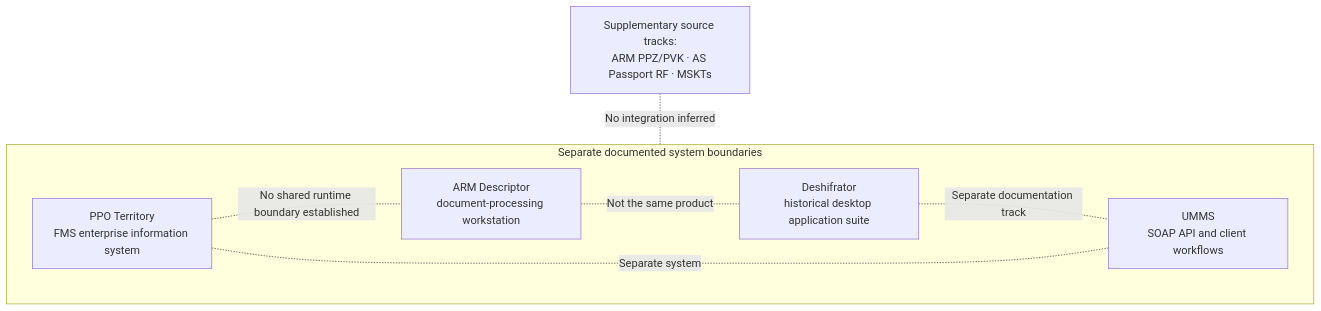
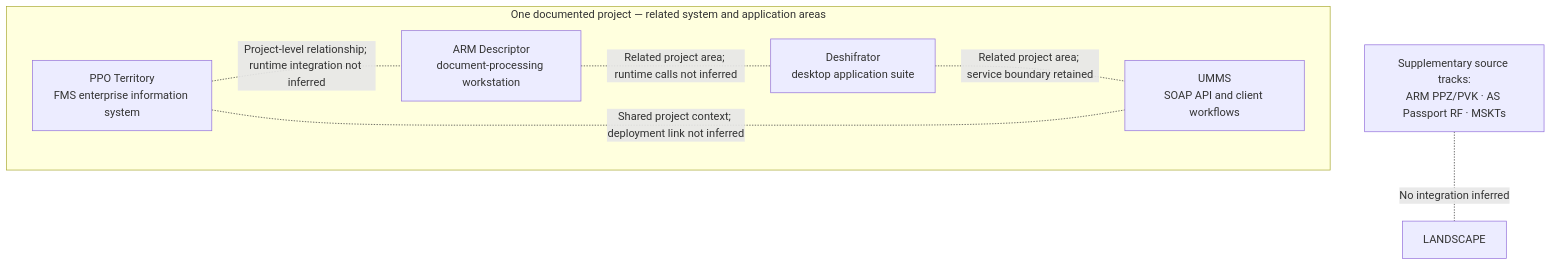
The first of 10 diagrams in materials/architecture/README.md (ekatmoz88-alt/territory-descriptor-unified), drawn with Mermaid before and after one commit. The commit also changed other lines of this file, not shown here.

Commit message:
Correct evidence and architecture documentation: README.md

````diff
--- a/materials/architecture/README.md
+++ b/materials/architecture/README.md
@@ -28,17 +28,17 @@
 ```mermaid
 flowchart TB
-  subgraph LANDSCAPE["Separate documented system boundaries"]
+  subgraph PROJECT["One documented project — related system and application areas"]
     TERR["PPO Territory<br/>FMS enterprise information system"]
     DESC["ARM Descriptor<br/>document-processing workstation"]
-    DESH["Deshifrator<br/>historical desktop application suite"]
+    DESH["Deshifrator<br/>desktop application suite"]
     UMMS["UMMS<br/>SOAP API and client workflows"]
   end
 
-  TERR -. "No shared runtime boundary established" .- DESC
-  DESC -. "Not the same product" .- DESH
-  DESH -. "Separate documentation track" .- UMMS
-  TERR -. "Separate system" .- UMMS
+  TERR -. "Project-level relationship; runtime integration not inferred" .- DESC
+  DESC -. "Related project area; runtime calls not inferred" .- DESH
+  DESH -. "Related project area; service boundary retained" .- UMMS
+  TERR -. "Shared project context; deployment link not inferred" .- UMMS
 
   OTHER["Supplementary source tracks:<br/>ARM PPZ/PVK · AS Passport RF · MSKTs"]
   OTHER -. "No integration inferred" .- LANDSCAPE
 ```
````
